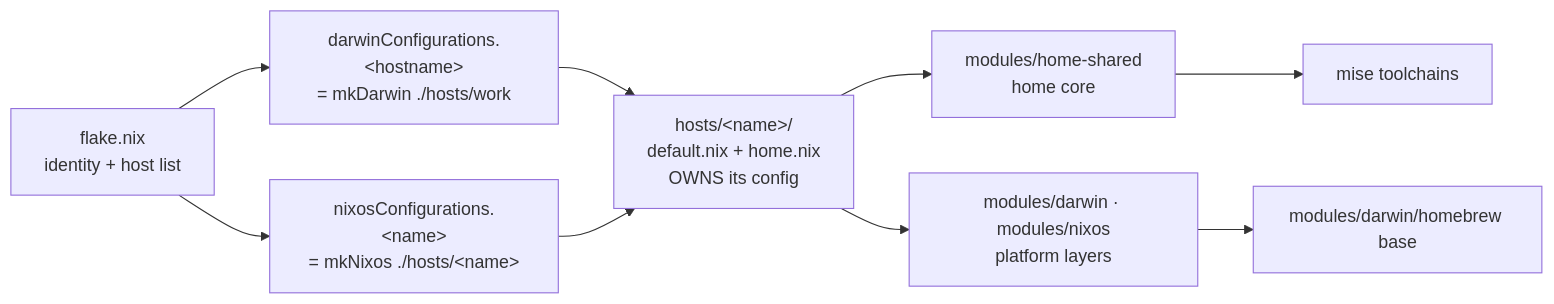
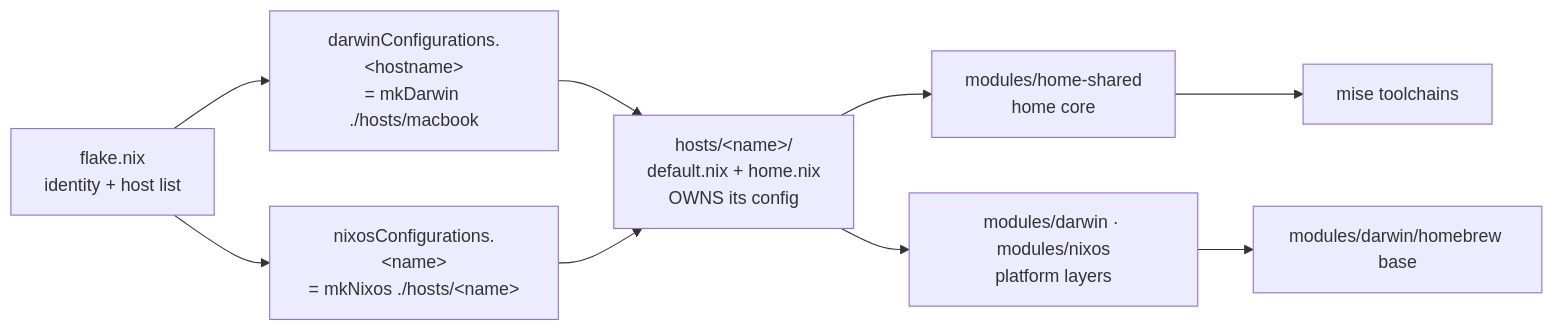
One commit to hahunavth/nix-config changed the first of 2 diagrams in README.md. Above: the diagram before and after it, drawn with Mermaid. The commit also changed 9 other files, not shown here.

First line of the commit message:
refactor: rename hosts/work -> hosts/macbook

````diff
--- a/README.md
+++ b/README.md
@@ -13,11 +13,11 @@
 ```mermaid
 flowchart LR
-  F[flake.nix<br/>identity + host list] --> D["darwinConfigurations.&lt;hostname&gt;<br/>= mkDarwin ./hosts/work"]
+  F[flake.nix<br/>identity + host list] --> D["darwinConfigurations.&lt;hostname&gt;<br/>= mkDarwin ./hosts/macbook"]
   F --> N["nixosConfigurations.&lt;name&gt;<br/>= mkNixos ./hosts/&lt;name&gt;"]
   D --> HW[hosts/&lt;name&gt;/<br/>default.nix + home.nix<br/>OWNS its config]
   N --> HW
   HW --> SH[modules/home-shared<br/>home core]
   HW --> PL[modules/darwin · modules/nixos<br/>platform layers]
   PL --> BREW[modules/darwin/homebrew base]
   SH --> MISE[mise toolchains]
 ```
````
